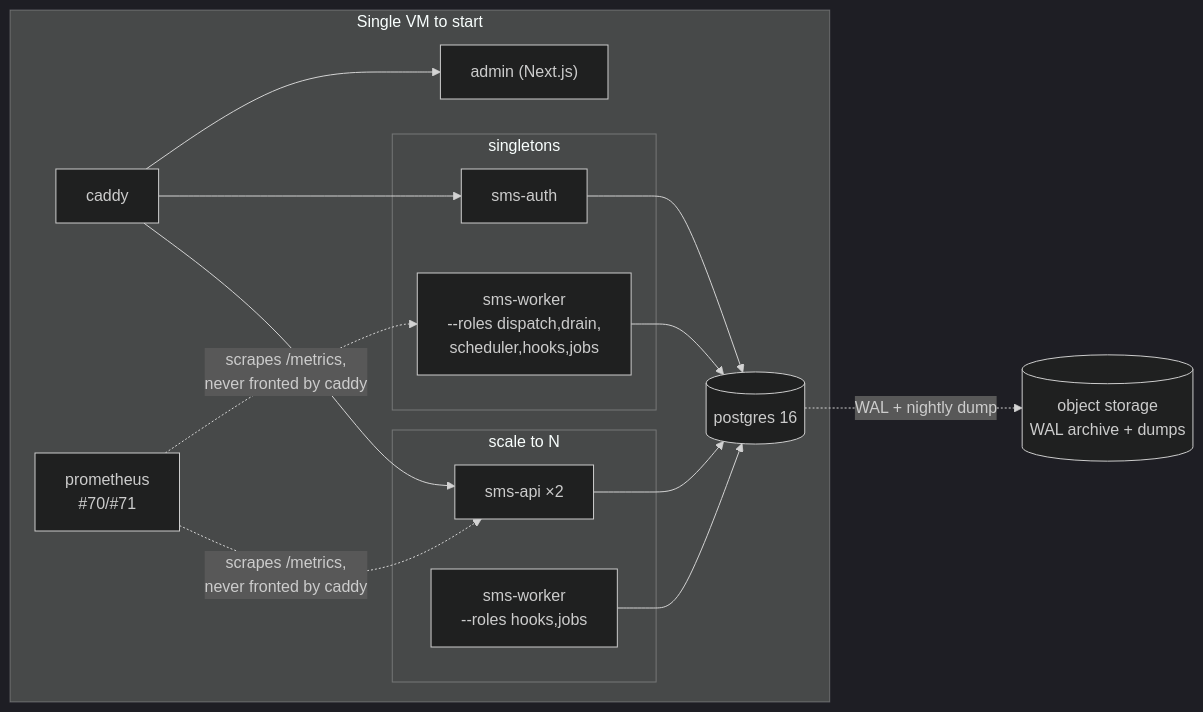
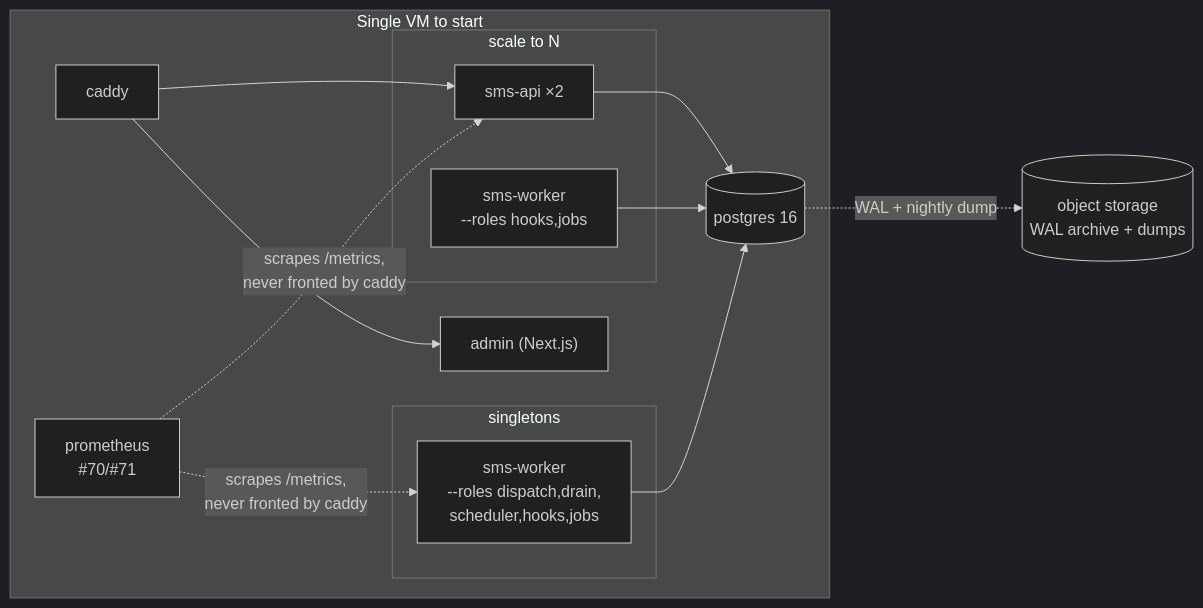
Before and after one commit to vaam-apps/vsms: diagram 11 of 11 in docs/architecture.md, drawn with Mermaid (dark theme). The commit also changed other lines of this file and 22 other files, not shown here.

````diff
--- a/docs/architecture.md
+++ b/docs/architecture.md
@@ -2916,29 +2655,26 @@
 ```mermaid
 flowchart LR
     subgraph vm["Single VM to start"]
         CADDY["caddy"]
         subgraph scale["scale to N"]
             API1["sms-api ×2"]
             HOOKS["sms-worker<br/>--roles hooks,jobs"]
         end
         subgraph single["singletons"]
-            AUTHN["sms-auth"]
             W1["sms-worker<br/>--roles dispatch,drain,<br/>scheduler,hooks,jobs"]
         end
         ADMINN["admin (Next.js)"]
         PGN[("postgres 16")]
         PROM["prometheus<br/>#70/#71"]
     end
     S3[("object storage<br/>WAL archive + dumps")]
 
     CADDY --> API1
-    CADDY --> AUTHN
     CADDY --> ADMINN
     API1 --> PGN
-    AUTHN --> PGN
     W1 --> PGN
     HOOKS --> PGN
     PGN -.->|"WAL + nightly dump"| S3
     PROM -.->|"scrapes /metrics,<br/>never fronted by caddy"| API1
     PROM -.->|"scrapes /metrics,<br/>never fronted by caddy"| W1
 ```
````
